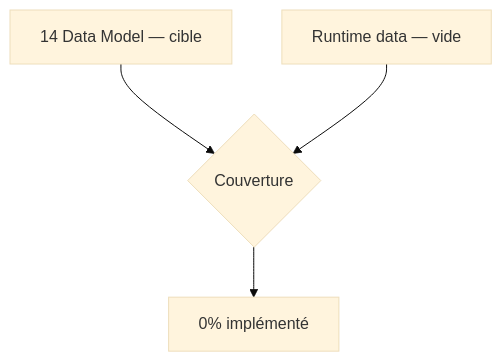
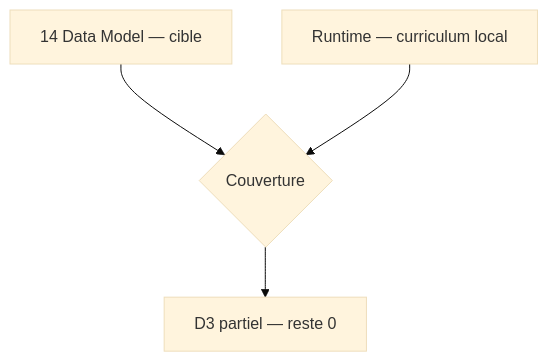
Before and after one commit to JavaChrist/Tai-Chi-AI-Coach: the fourth of 5 diagrams in docs/runtime/03_DATA_STATUS.md, drawn with Mermaid (base theme). The commit also changed other lines of this file and 59 other files, not shown here.

First line of the commit message:
feat(mvp): add design system and local curriculum library

````diff
--- a/docs/runtime/03_DATA_STATUS.md
+++ b/docs/runtime/03_DATA_STATUS.md
@@ -121,8 +125,8 @@
 ```mermaid
 flowchart TB
   Target[14 Data Model — cible]
-  Real[Runtime data — vide]
+  Real[Runtime — curriculum local]
   Target --> Gap{Couverture}
   Real --> Gap
-  Gap --> Zero[0% implémenté]
+  Gap --> Partial[D3 partiel — reste 0]
 ```
````
